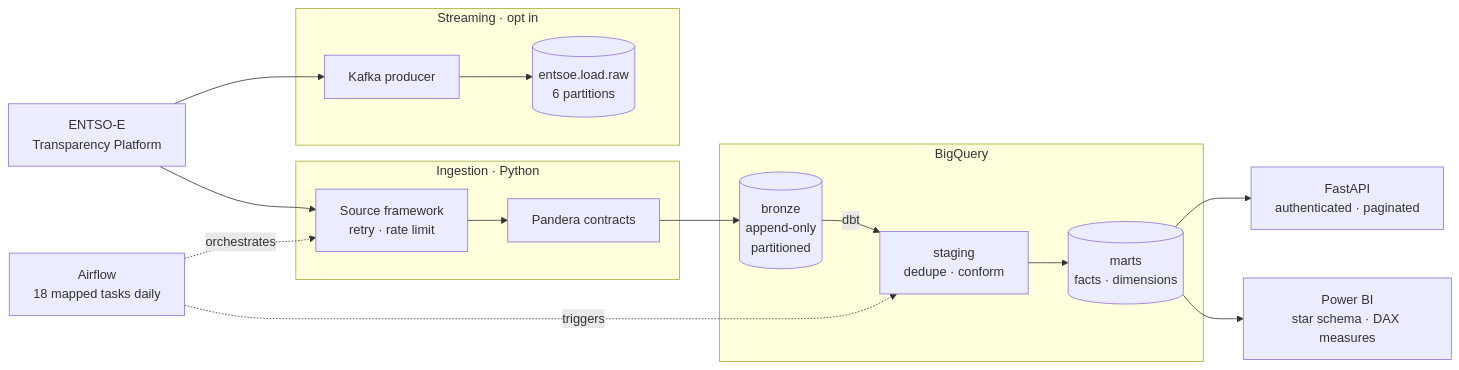
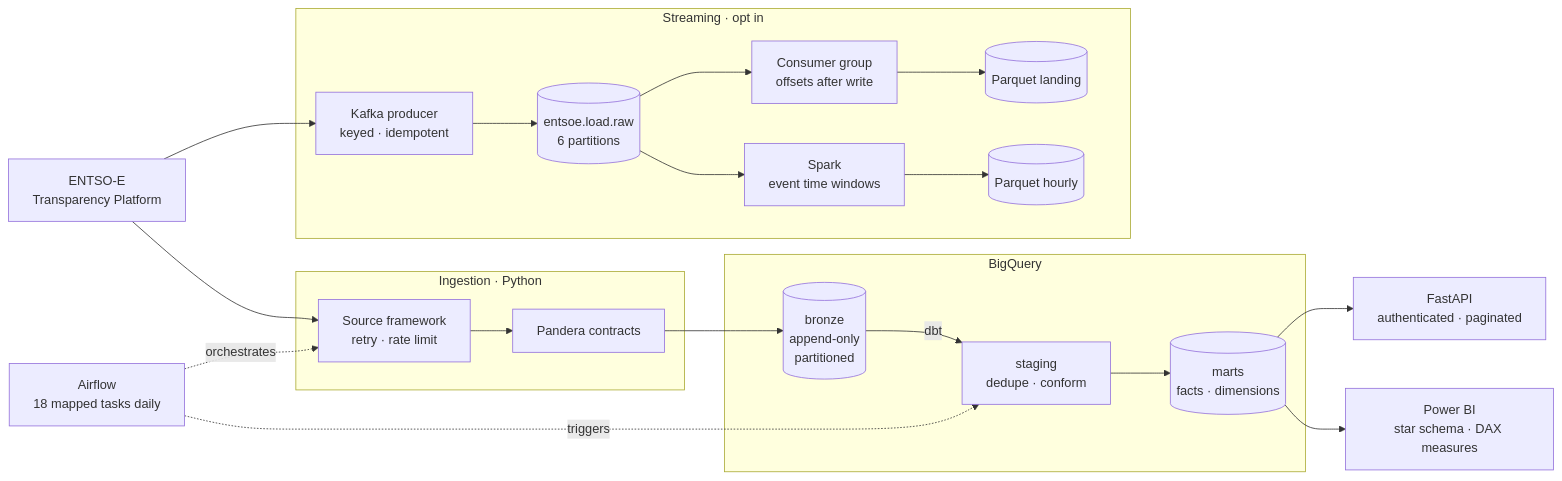
One commit to suhasnu/entsoe-data-platform changed the diagram in README.md. Above: the diagram before and after it, drawn with Mermaid. The commit also changed other lines of this file and 3 other files, not shown here.

Commit message:
add spark structured streaming job for hourly load windows

````diff
--- a/README.md
+++ b/README.md
@@ -9,32 +9,38 @@
 ```mermaid
 flowchart LR
     E[ENTSO-E<br/>Transparency Platform]
 
     subgraph ingest[Ingestion · Python]
         S[Source framework<br/>retry · rate limit]
         V[Pandera contracts]
     end
 
     subgraph bq[BigQuery]
         B[(bronze<br/>append-only<br/>partitioned)]
         ST[staging<br/>dedupe · conform]
         M[(marts<br/>facts · dimensions)]
     end
 
     subgraph stream[Streaming · opt in]
-        P[Kafka producer]
+        P[Kafka producer<br/>keyed · idempotent]
         K[(entsoe.load.raw<br/>6 partitions)]
+        C[Consumer group<br/>offsets after write]
+        SP[Spark<br/>event time windows]
+        L[(Parquet landing)]
+        H[(Parquet hourly)]
     end
 
     API[FastAPI<br/>authenticated · paginated]
     PBI[Power BI<br/>star schema · DAX measures]
     A[Airflow<br/>18 mapped tasks daily]
 
     E --> S --> V --> B
     E --> P --> K
+    K --> C --> L
+    K --> SP --> H
     B -->|dbt| ST --> M
     M --> API
     M --> PBI
     A -.orchestrates.-> S
     A -.triggers.-> ST
 ```
````
